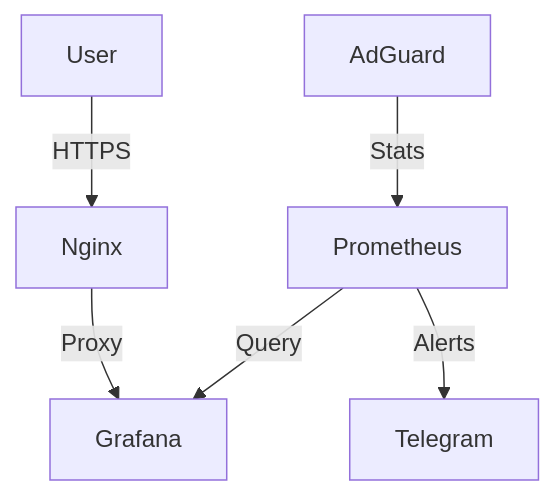
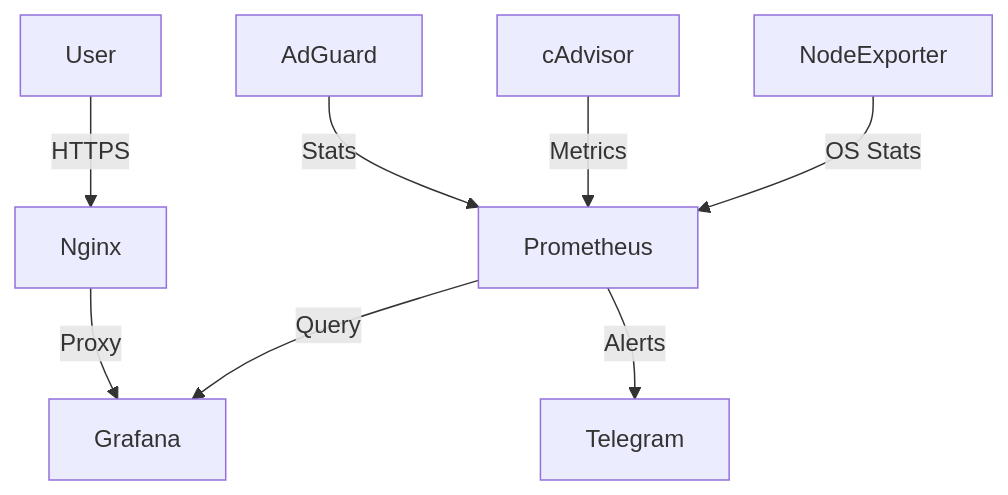
The diagram in README.md (blyator/Grafana-Dashboards), drawn with Mermaid before and after one commit. The commit also changed other lines of this file and 3 other files, not shown here.

````diff
--- a/README.md
+++ b/README.md
@@ -85,6 +98,9 @@
 ```mermaid
 graph TD
     User -- HTTPS --> Nginx -- Proxy --> Grafana
-    AdGuard -- Stats --> Prometheus -- Query --> Grafana
+    AdGuard -- Stats --> Prometheus
+    cAdvisor -- Metrics --> Prometheus
+    NodeExporter -- OS Stats --> Prometheus
+    Prometheus -- Query --> Grafana
     Prometheus -- Alerts --> Telegram
 ```
````
